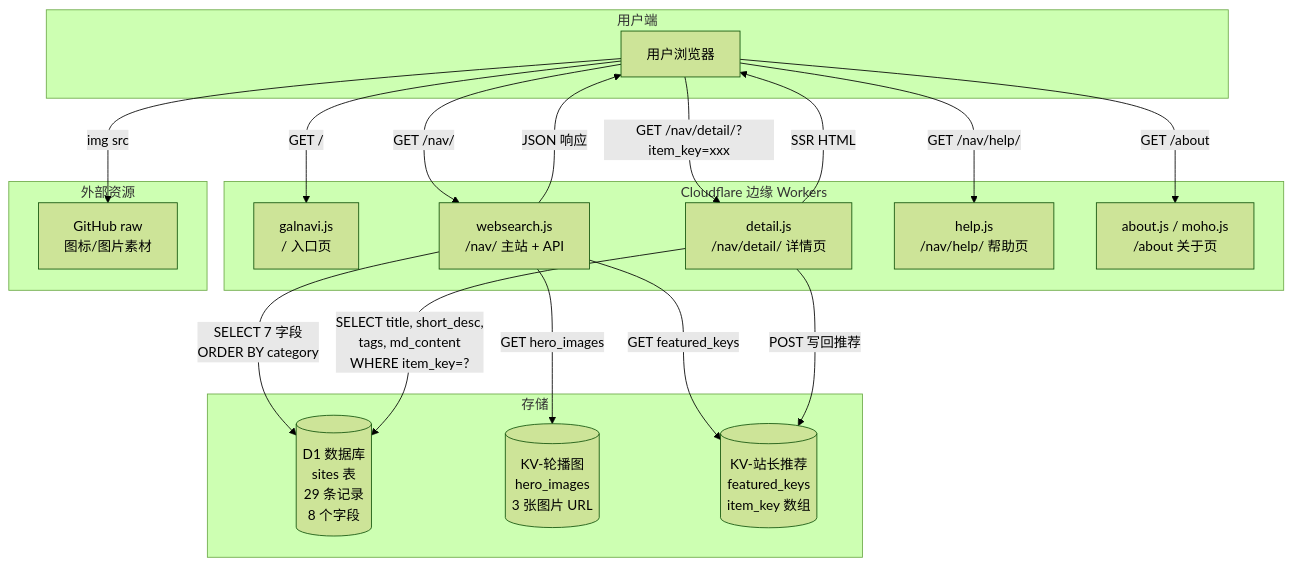
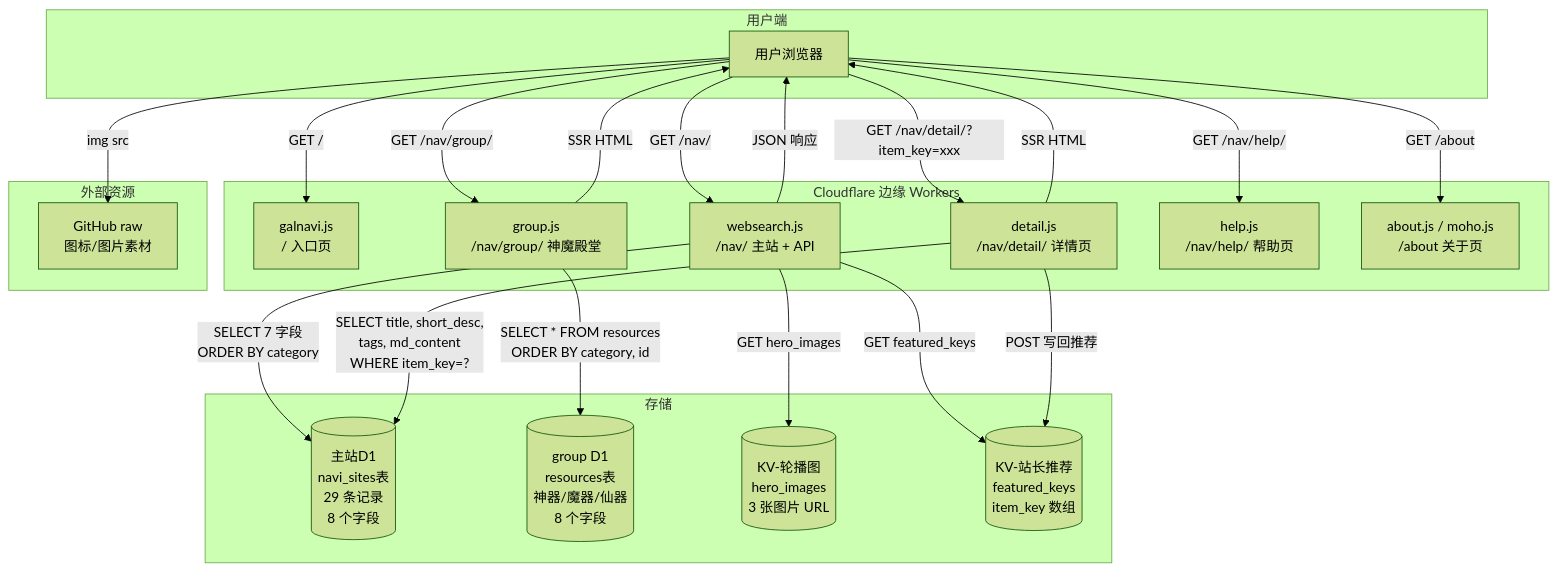
The seventh of 11 diagrams in 网站框架总览.md (argb6/galnavi-obsidian), drawn with Mermaid (forest theme) before and after one commit. The commit also changed other lines of this file and 7 other files, not shown here.

First line of the commit message:
Add '神魔殿堂' (/nav/group/) docs and D1 binding

````diff
--- a/网站框架总览.md
+++ b/网站框架总览.md
@@ -262,41 +267,46 @@
 ```mermaid
 flowchart TB
     subgraph 用户端
         U["用户浏览器"]
     end
 
     subgraph Cloudflare 边缘 Workers
         W_ENTRY["galnavi.js<br/>/ 入口页"]
         W_MAIN["websearch.js<br/>/nav/ 主站 + API"]
         W_DETAIL["detail.js<br/>/nav/detail/ 详情页"]
+        W_GROUP["group.js<br/>/nav/group/ 神魔殿堂"]
         W_HELP["help.js<br/>/nav/help/ 帮助页"]
         W_ABOUT["about.js / moho.js<br/>/about 关于页"]
     end
 
     subgraph 存储
-        D1[("D1 数据库<br/>sites 表<br/>29 条记录<br/>8 个字段")]
+        D1[("主站D1<br/>navi_sites表<br/>29 条记录<br/>8 个字段")]
+        D1_GROUP[("group D1<br/>resources表<br/>神器/魔器/仙器<br/>8 个字段")]
         KV_HERO[("KV-轮播图<br/>hero_images<br/>3 张图片 URL")]
         KV_FEAT[("KV-站长推荐<br/>featured_keys<br/>item_key 数组")]
     end
 
     subgraph 外部资源
         GH["GitHub raw<br/>图标/图片素材"]
     end
 
     U -->|GET /| W_ENTRY
     U -->|GET /nav/| W_MAIN
     U -->|GET /nav/detail/?item_key=xxx| W_DETAIL
+    U -->|GET /nav/group/| W_GROUP
     U -->|GET /nav/help/| W_HELP
     U -->|GET /about| W_ABOUT
 
     W_MAIN -->|SELECT 7 字段<br/>ORDER BY category| D1
     W_MAIN -->|GET hero_images| KV_HERO
     W_MAIN -->|GET featured_keys| KV_FEAT
     W_DETAIL -->|SELECT title, short_desc,<br/>tags, md_content<br/>WHERE item_key=?| D1
     W_DETAIL -->|POST 写回推荐| KV_FEAT
+    W_GROUP -->|SELECT * FROM resources<br/>ORDER BY category, id| D1_GROUP
 
     U -->|img src| GH
 
     W_MAIN -->|JSON 响应| U
     W_DETAIL -->|SSR HTML| U
+    W_GROUP -->|SSR HTML| U
 ```
````
